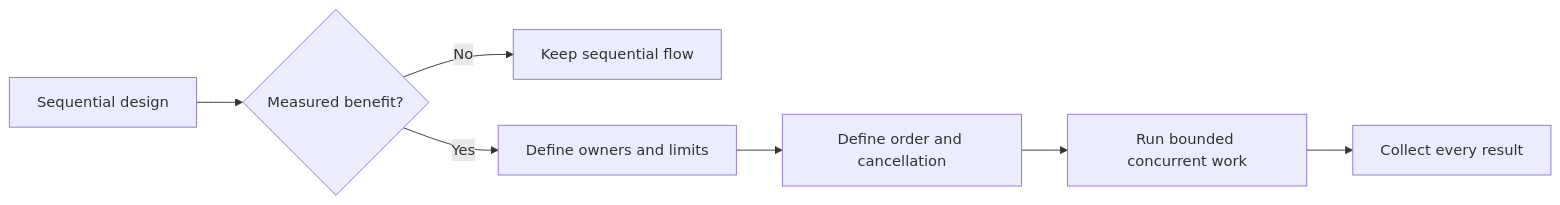
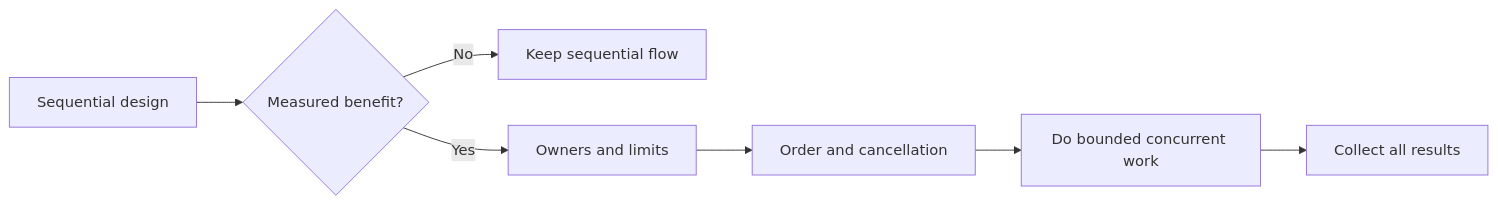
One commit to HomericIntelligence/Athena changed the diagram in docs/principles/details/p080-make-concurrency-deliberate.md. Above: the diagram before and after it, drawn with Mermaid. The commit also changed other lines of this file and 91 other files, not shown here.

````diff
--- a/docs/principles/details/p080-make-concurrency-deliberate.md
+++ b/docs/principles/details/p080-make-concurrency-deliberate.md
@@ -38,9 +38,9 @@
 ```mermaid
 flowchart LR
     A["Sequential design"] --> B{"Measured benefit?"}
     B -->|No| C["Keep sequential flow"]
-    B -->|Yes| D["Define owners and limits"]
-    D --> E["Define order and cancellation"]
-    E --> F["Run bounded concurrent work"]
-    F --> G["Collect every result"]
+    B -->|Yes| D["Owners and limits"]
+    D --> E["Order and cancellation"]
+    E --> F["Do bounded concurrent work"]
+    F --> G["Collect all results"]
 ```
````
